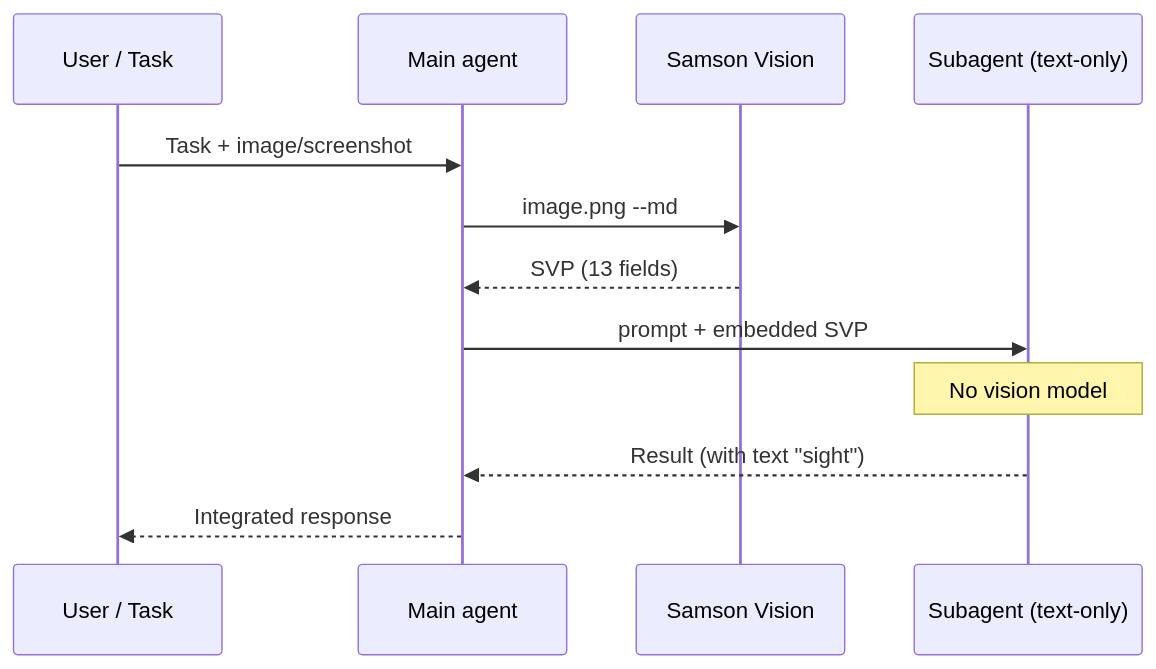
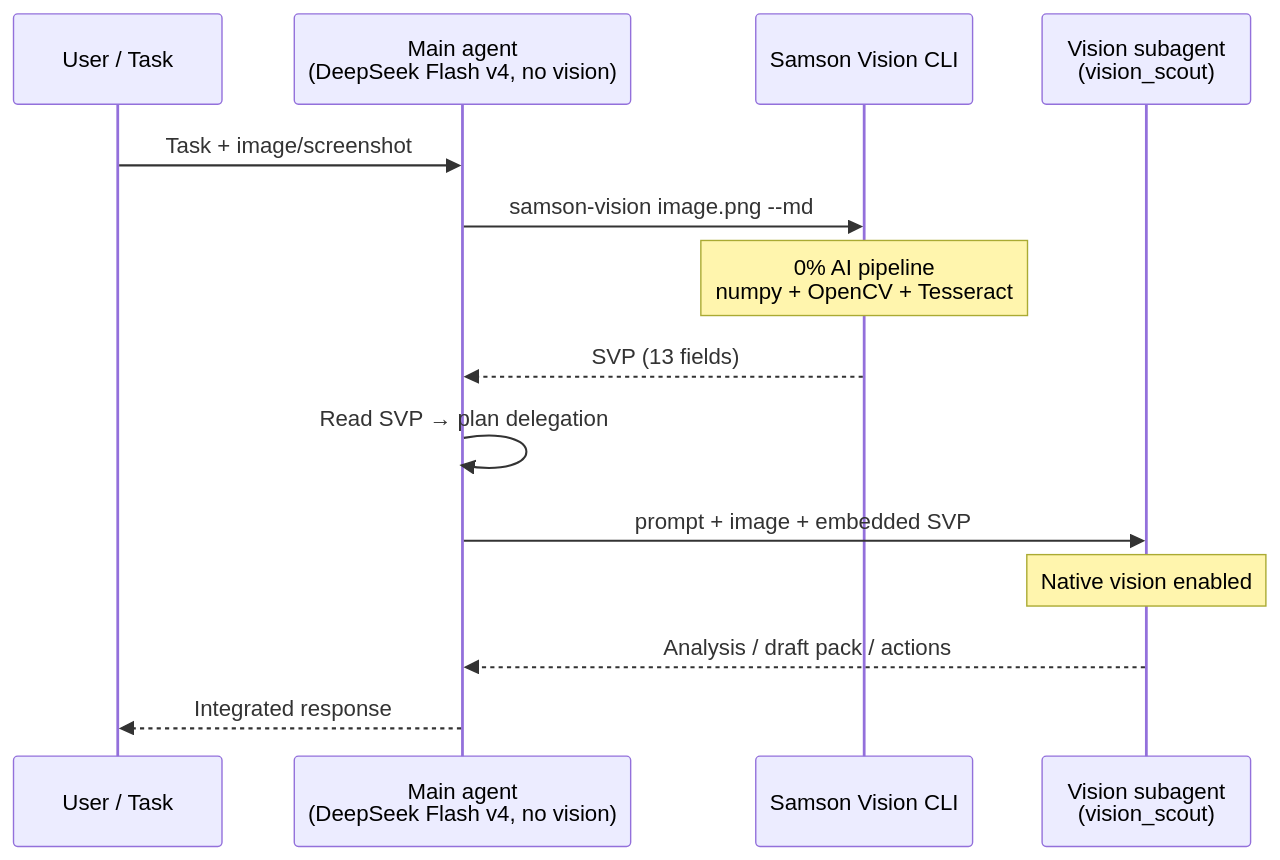
The diagram in PUBLIC/README.md (TonyRiera/samson-vision), drawn with Mermaid before and after one commit. The commit also changed other lines of this file and 6 other files, not shown here.

Commit message:
docs: DeepSeek Flash v4 naming in PUBLIC docs

````diff
--- a/PUBLIC/README.md
+++ b/PUBLIC/README.md
@@ -38,15 +52,17 @@
 ```mermaid
 sequenceDiagram
     participant U as User / Task
-    participant M as Main agent
-    participant SV as Samson Vision
-    participant S as Subagent (text-only)
+    participant M as Main agent<br/>(DeepSeek Flash v4, no vision)
+    participant SV as Samson Vision CLI
+    participant V as Vision subagent<br/>(vision_scout)
 
     U->>M: Task + image/screenshot
-    M->>SV: image.png --md
+    M->>SV: samson-vision image.png --md
+    Note over SV: 0% AI pipeline<br/>numpy + OpenCV + Tesseract
     SV-->>M: SVP (13 fields)
-    M->>S: prompt + embedded SVP
-    Note over S: No vision model
-    S-->>M: Result (with text "sight")
+    M->>M: Read SVP → plan delegation
+    M->>V: prompt + image + embedded SVP
+    Note over V: Native vision enabled
+    V-->>M: Analysis / draft pack / actions
     M-->>U: Integrated response
 ```
````
